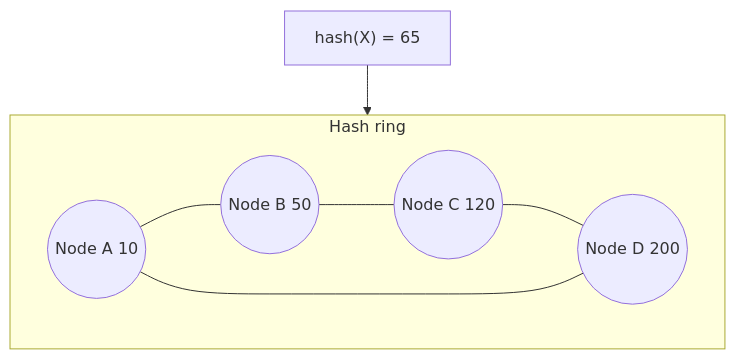
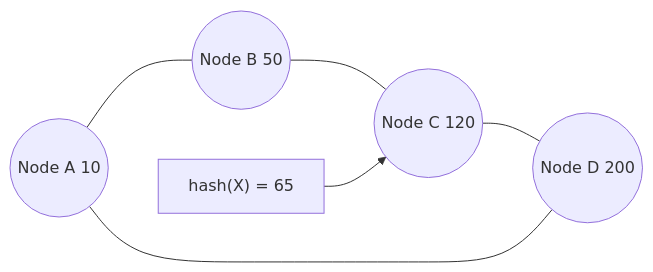
One commit to hareramcse/SystemDesign changed diagram 15 of 19 in 13-advanced-topics/README.md. Above: the diagram before and after it, drawn with Mermaid. The commit also changed other lines of this file, not shown here.

````diff
--- a/13-advanced-topics/README.md
+++ b/13-advanced-topics/README.md
@@ -1721,12 +1713,5 @@
 ```mermaid
-flowchart TB
-    subgraph Ring[Hash ring]
-        direction LR
-        NA((Node A 10))
-        NB((Node B 50))
-        NC((Node C 120))
-        ND((Node D 200))
-        NA --- NB --- NC --- ND --- NA
-    end
+flowchart LR
+    NA((Node A 10)) --- NB((Node B 50)) --- NC((Node C 120)) --- ND((Node D 200)) --- NA
     K["hash(X) = 65"] --> NC
 ```
````
